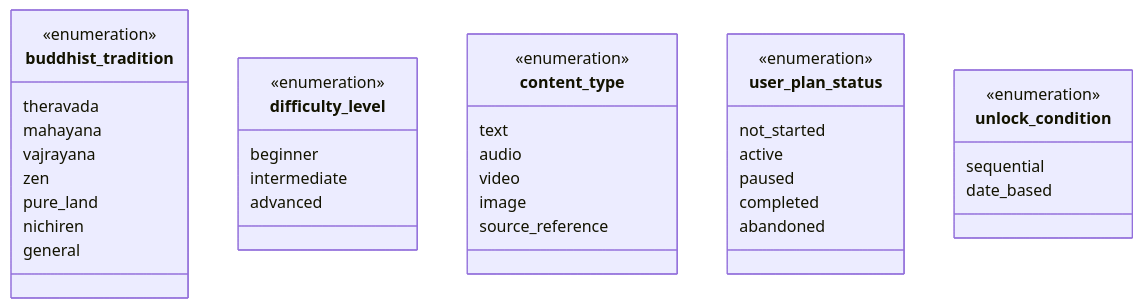
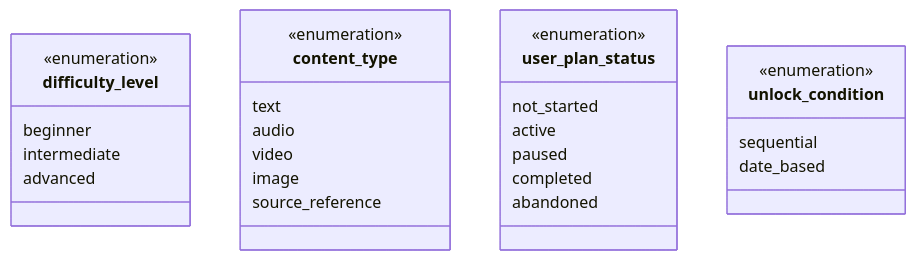
One commit to OpenPecha/plan_documentation changed the third of 3 diagrams in docs/database/database-schema-diagram.md. Above: the diagram before and after it, drawn with Mermaid. The commit also changed other lines of this file and 8 other files, not shown here.

Commit message:
updated schema and other documentation accroding to updated schema

````diff
--- a/docs/database/database-schema-diagram.md
+++ b/docs/database/database-schema-diagram.md
@@ -206,44 +203,33 @@
 ```mermaid
 classDiagram
-    class buddhist_tradition {
-        <<enumeration>>
-        theravada
-        mahayana
-        vajrayana
-        zen
-        pure_land
-        nichiren
-        general
-    }
-    
     class difficulty_level {
         <<enumeration>>
         beginner
         intermediate
         advanced
     }
     
     class content_type {
         <<enumeration>>
         text
         audio
         video
         image
         source_reference
     }
     
     class user_plan_status {
         <<enumeration>>
         not_started
         active
         paused
         completed
         abandoned
     }
     
     class unlock_condition {
         <<enumeration>>
         sequential
         date_based
     }
 ```
````
